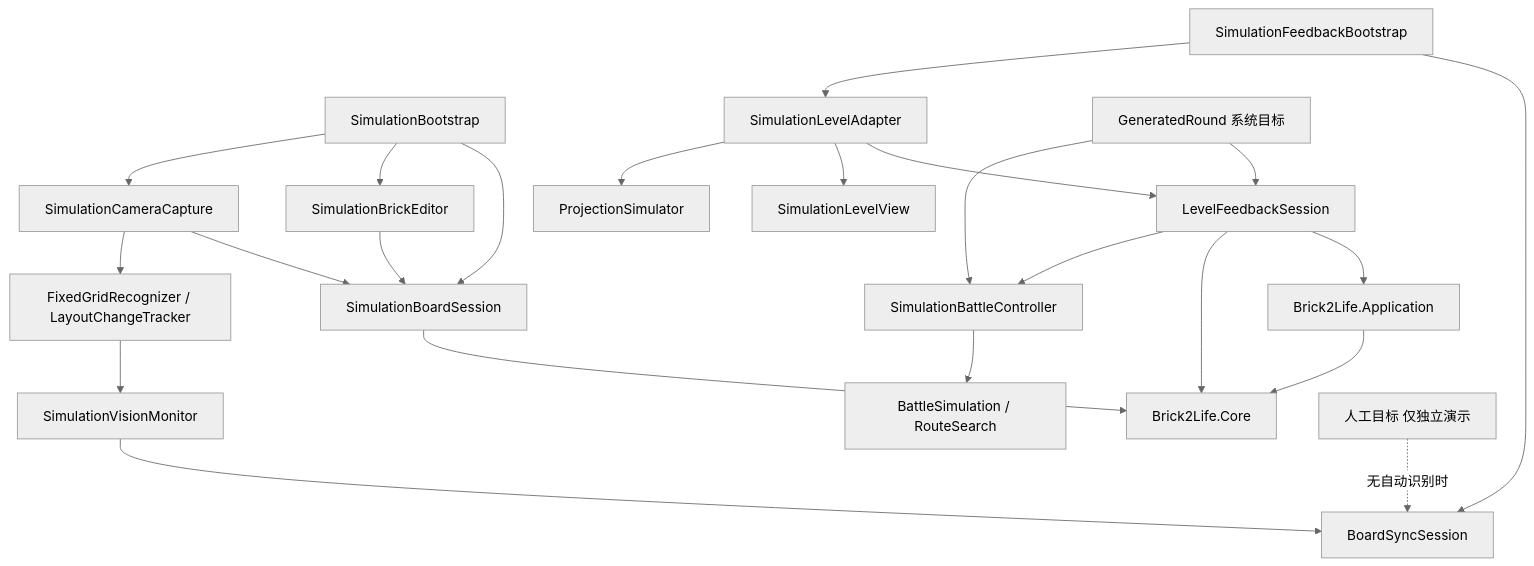
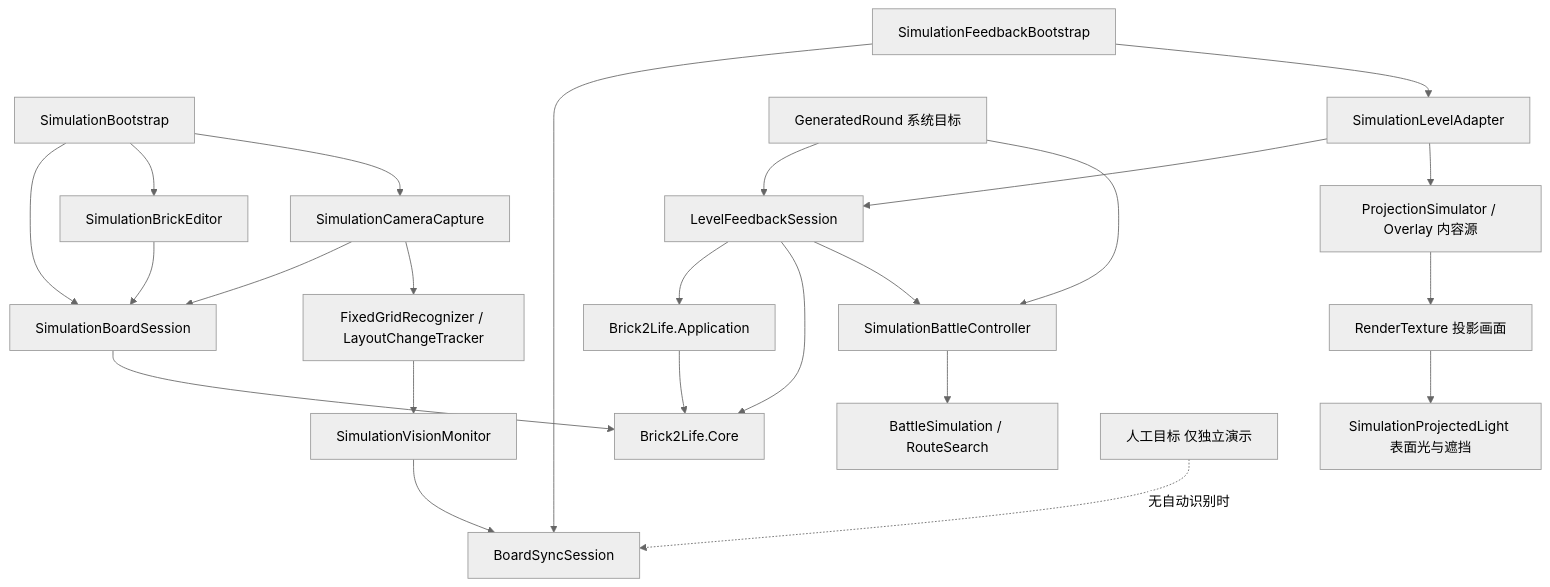
One commit to hanyang-sun/- changed the diagram in docs/architecture.md. Above: the diagram before and after it, drawn with Mermaid (neutral theme). The commit also changed other lines of this file and 55 other files, not shown here.

````diff
--- a/docs/architecture.md
+++ b/docs/architecture.md
@@ -7,25 +7,26 @@
 ```mermaid
 flowchart TD
     Entry[SimulationBootstrap] --> Session[SimulationBoardSession]
     Entry --> UI[SimulationBrickEditor]
     Entry --> Capture[SimulationCameraCapture]
     UI --> Session
     Capture --> Session
     Session --> Core[Brick2Life.Core]
     App[Brick2Life.Application] --> Core
     Vision[FixedGridRecognizer / LayoutChangeTracker] --> Monitor[SimulationVisionMonitor]
     Capture --> Vision
     Monitor --> Sync
     Fb[SimulationFeedbackBootstrap] --> Sync[BoardSyncSession]
     Fb --> Adapter[SimulationLevelAdapter]
     Adapter --> Level[LevelFeedbackSession]
-    Adapter --> View[SimulationLevelView]
-    Adapter --> Proj[ProjectionSimulator]
+    Adapter --> Proj[ProjectionSimulator / Overlay 内容源]
+    Proj --> Output[RenderTexture 投影画面]
+    Output --> Light[SimulationProjectedLight 表面光与遮挡]
     Level --> App
     Level --> Core
     Goals[GeneratedRound 系统目标] --> Level
     Goals --> Controller[SimulationBattleController]
     Level --> Controller
     Controller --> Battle[BattleSimulation / RouteSearch]
     Demo[人工目标 仅独立演示] -. 无自动识别时 .-> Sync
 ```
````
